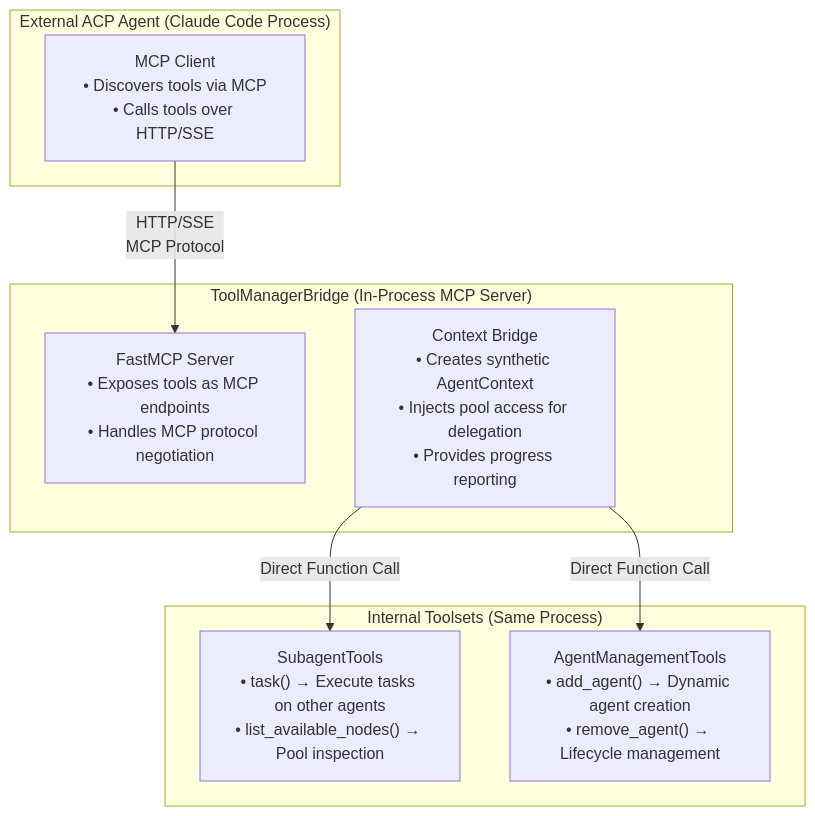
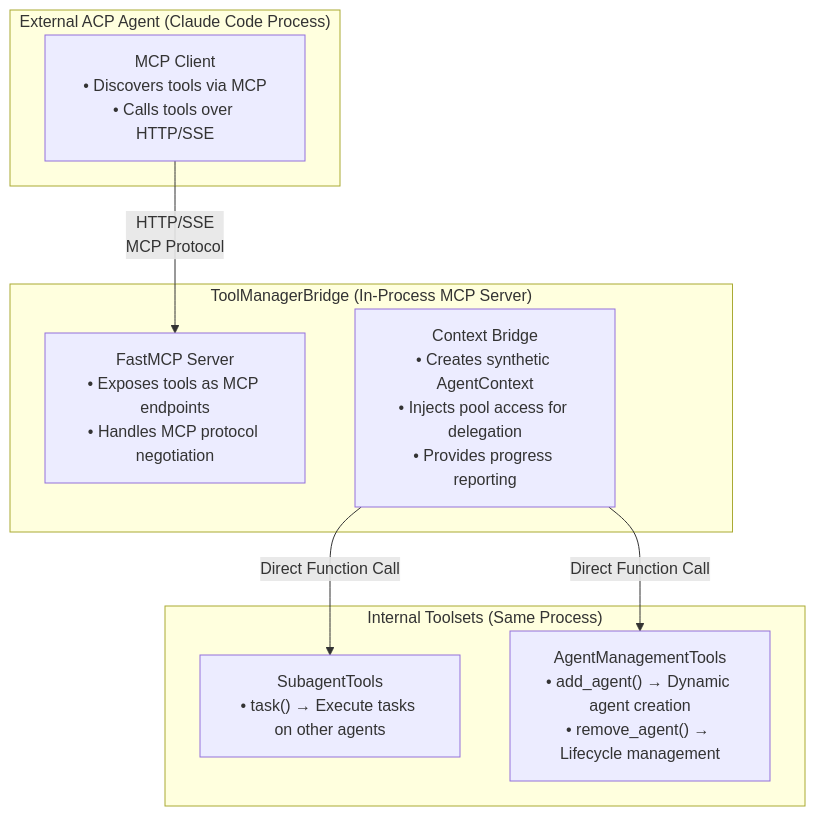
The fifth of 5 diagrams in docs/how-to/advanced/acp-integration.md (Leoyzen/agentpool), drawn with Mermaid before and after one commit. The commit also changed other lines of this file and 7 other files, not shown here.

First line of the commit message:
chore: remove list_available_nodes tool (legacy, Leoyzen feedback #345)

````diff
--- a/docs/how-to/advanced/acp-integration.md
+++ b/docs/how-to/advanced/acp-integration.md
@@ -557,20 +557,20 @@
 ```mermaid
 graph TB
     subgraph External["External ACP Agent (Claude Code Process)"]
         MCP["MCP Client<br/>• Discovers tools via MCP<br/>• Calls tools over HTTP/SSE"]
     end
     
     subgraph Bridge["ToolManagerBridge (In-Process MCP Server)"]
         FastMCP["FastMCP Server<br/>• Exposes tools as MCP endpoints<br/>• Handles MCP protocol negotiation"]
         Context["Context Bridge<br/>• Creates synthetic AgentContext<br/>• Injects pool access for delegation<br/>• Provides progress reporting"]
     end
     
     subgraph Internal["Internal Toolsets (Same Process)"]
-        Subagent["SubagentTools<br/>• task() → Execute tasks on other agents<br/>• list_available_nodes() → Pool inspection"]
+        Subagent["SubagentTools<br/>• task() → Execute tasks on other agents"]
         Management["AgentManagementTools<br/>• add_agent() → Dynamic agent creation<br/>• remove_agent() → Lifecycle management"]
     end
     
     MCP -->|HTTP/SSE<br/>MCP Protocol| FastMCP
     Context -->|Direct Function Call| Subagent
     Context -->|Direct Function Call| Management
 ```
````
